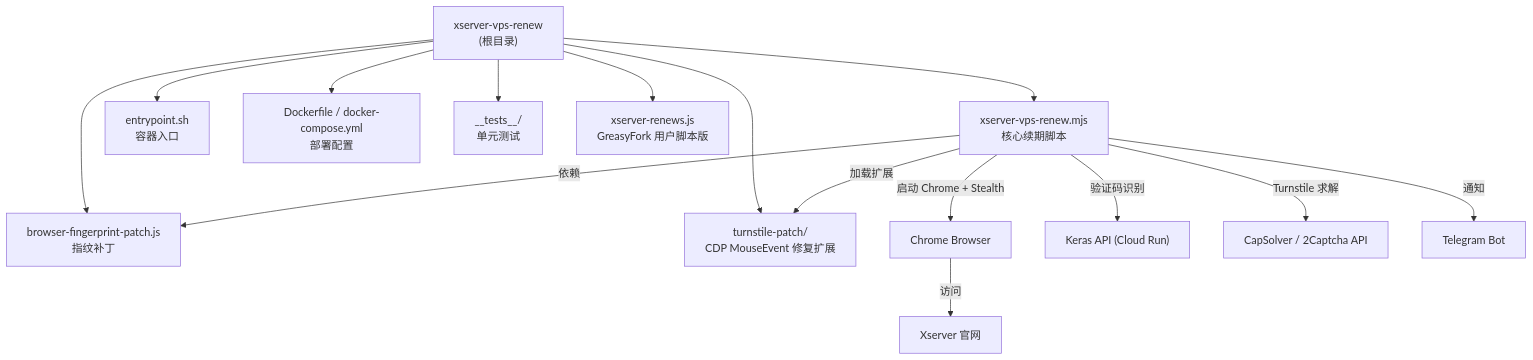
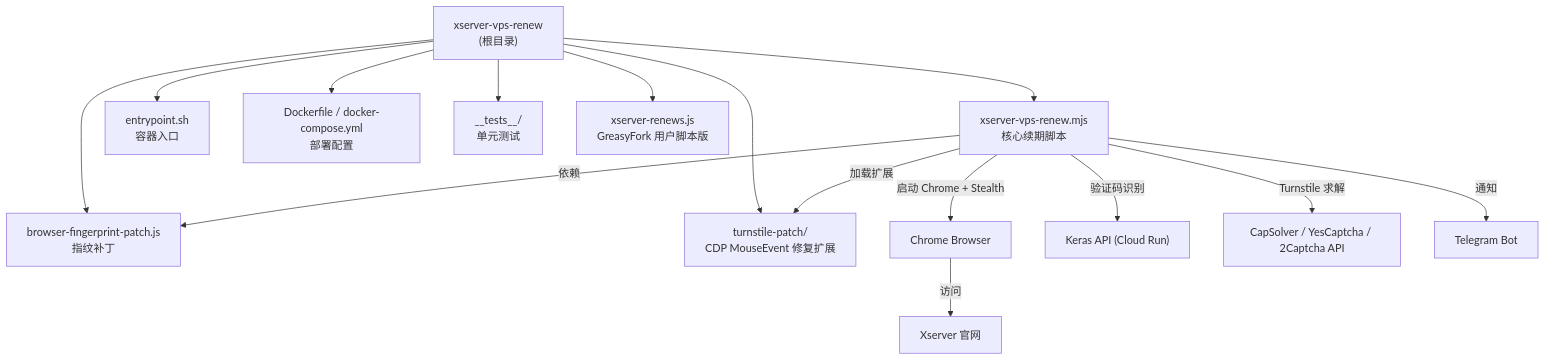
Before and after one commit to Silentely/xserver-vps-renew: the diagram in CLAUDE.md, drawn with Mermaid. The commit also changed other lines of this file and 9 other files, not shown here.

First line of the commit message:
✨ feat: 新增 YesCaptcha 作为 Turnstile 可选备选提供商

````diff
--- a/CLAUDE.md
+++ b/CLAUDE.md
@@ -88,18 +89,18 @@
 ```mermaid
 graph TD
     A["xserver-vps-renew<br/>(根目录)"] --> B["xserver-vps-renew.mjs<br/>核心续期脚本"];
     A --> C["browser-fingerprint-patch.js<br/>指纹补丁"];
     A --> D["turnstile-patch/<br/>CDP MouseEvent 修复扩展"];
     A --> E["entrypoint.sh<br/>容器入口"];
     A --> F["Dockerfile / docker-compose.yml<br/>部署配置"];
     A --> G["__tests__/<br/>单元测试"];
     A --> H["xserver-renews.js<br/>GreasyFork 用户脚本版"];
 
     B -->|"依赖"| C;
     B -->|"加载扩展"| D;
     B -->|"启动 Chrome + Stealth"| I["Chrome Browser"];
     I -->|"访问"| J["Xserver 官网"];
     B -->|"验证码识别"| K["Keras API (Cloud Run)"];
-    B -->|"Turnstile 求解"| L["CapSolver / 2Captcha API"];
+    B -->|"Turnstile 求解"| L["CapSolver / YesCaptcha / 2Captcha API"];
     B -->|"通知"| M["Telegram Bot"];
 ```
````
